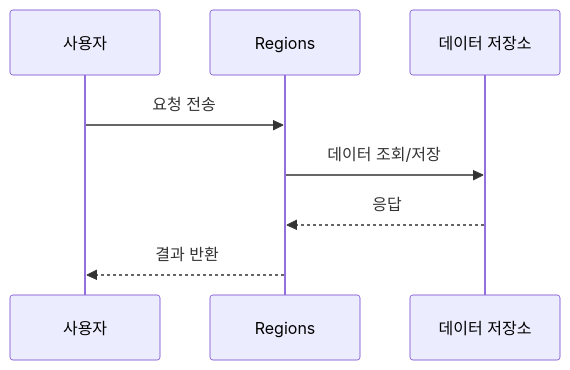
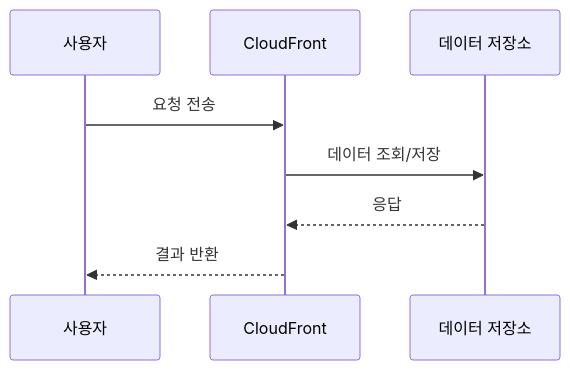
Before and after one commit to niceguy61/lecture_maker: the second of 3 diagrams in aws-saa-study-materials/week1/day1/advanced/case-study.md, drawn with Mermaid. The commit also changed other lines of this file and 2 other files, not shown here.

````diff
--- a/aws-saa-study-materials/week1/day1/advanced/case-study.md
+++ b/aws-saa-study-materials/week1/day1/advanced/case-study.md
@@ -112,12 +112,12 @@
 ```mermaid
 sequenceDiagram
     participant User as 사용자
-    participant Service as Regions
+    participant Service as CloudFront
     participant Storage as 데이터 저장소
     
     User->>Service: 요청 전송
     Service->>Storage: 데이터 조회/저장
     Storage-->>Service: 응답
     Service-->>User: 결과 반환
 
 ```
````
